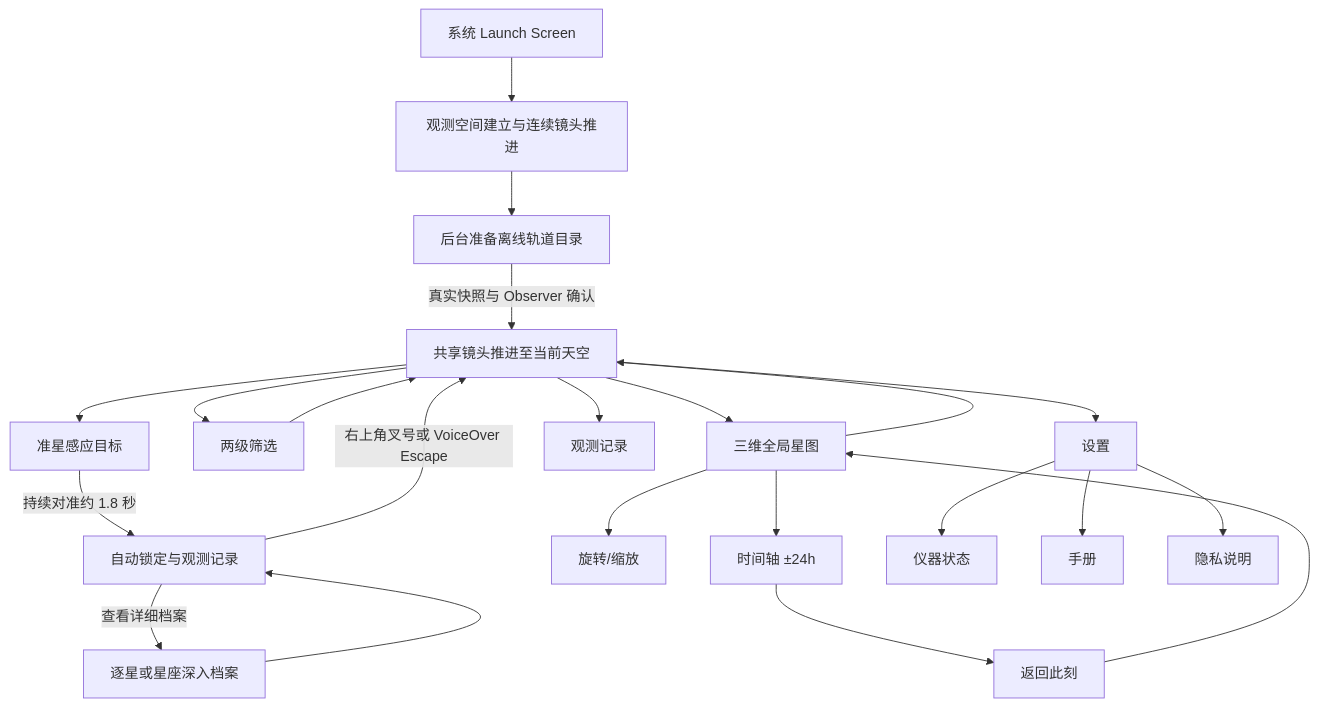
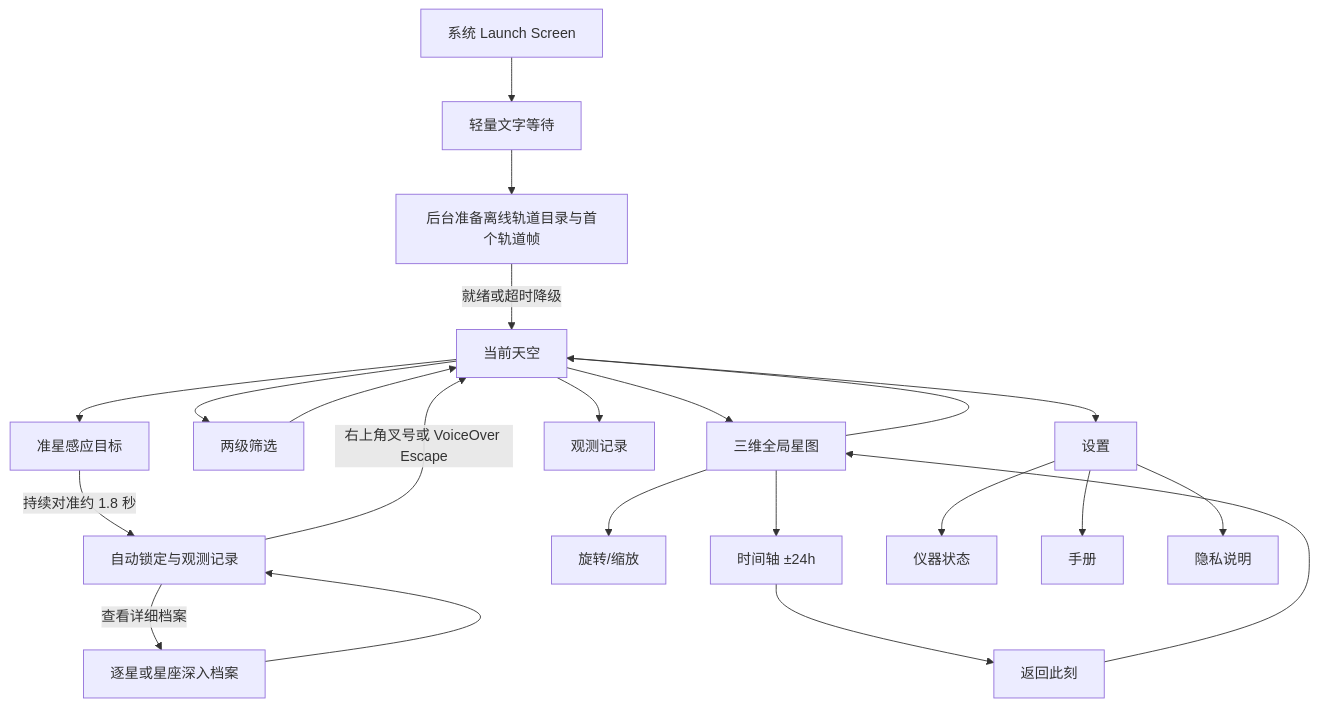
The diagram in Documentation/PROJECT_OVERVIEW.md (tollenceld/StarCatch), drawn with Mermaid before and after one commit. The commit also changed other lines of this file and 10 other files, not shown here.

````diff
--- a/Documentation/PROJECT_OVERVIEW.md
+++ b/Documentation/PROJECT_OVERVIEW.md
@@ -463,24 +454,24 @@
 ```mermaid
 flowchart TD
-    A[系统 Launch Screen] --> A1[观测空间建立与连续镜头推进]
-    A1 --> A2[后台准备离线轨道目录]
-    A2 -->|真实快照与 Observer 确认| E[共享镜头推进至当前天空]
+    A[系统 Launch Screen] --> A1[轻量文字等待]
+    A1 --> A2[后台准备离线轨道目录与首个轨道帧]
+    A2 -->|就绪或超时降级| E[当前天空]
     E --> F[准星感应目标]
     F -->|持续对准约 1.8 秒| G[自动锁定与观测记录]
     G -->|查看详细档案| H[逐星或星座深入档案]
     H --> G
     G -->|右上角叉号或 VoiceOver Escape| E
     E --> L[两级筛选]
     L --> E
     E --> M[三维全局星图]
     M --> N[旋转/缩放]
     M --> O[时间轴 ±24h]
     O --> P[返回此刻]
     P --> M
     M --> E
     E --> R[观测记录]
     E --> Q[设置]
     Q --> S[仪器状态]
     Q --> T[手册]
     Q --> U[隐私说明]
 ```
````
